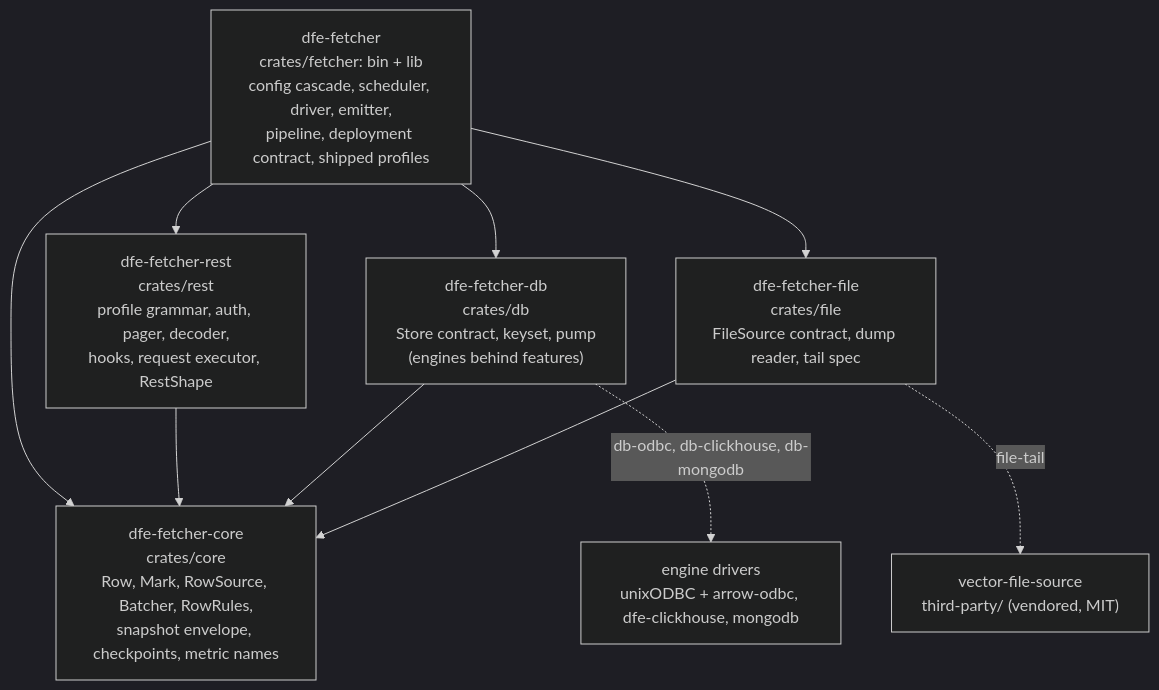
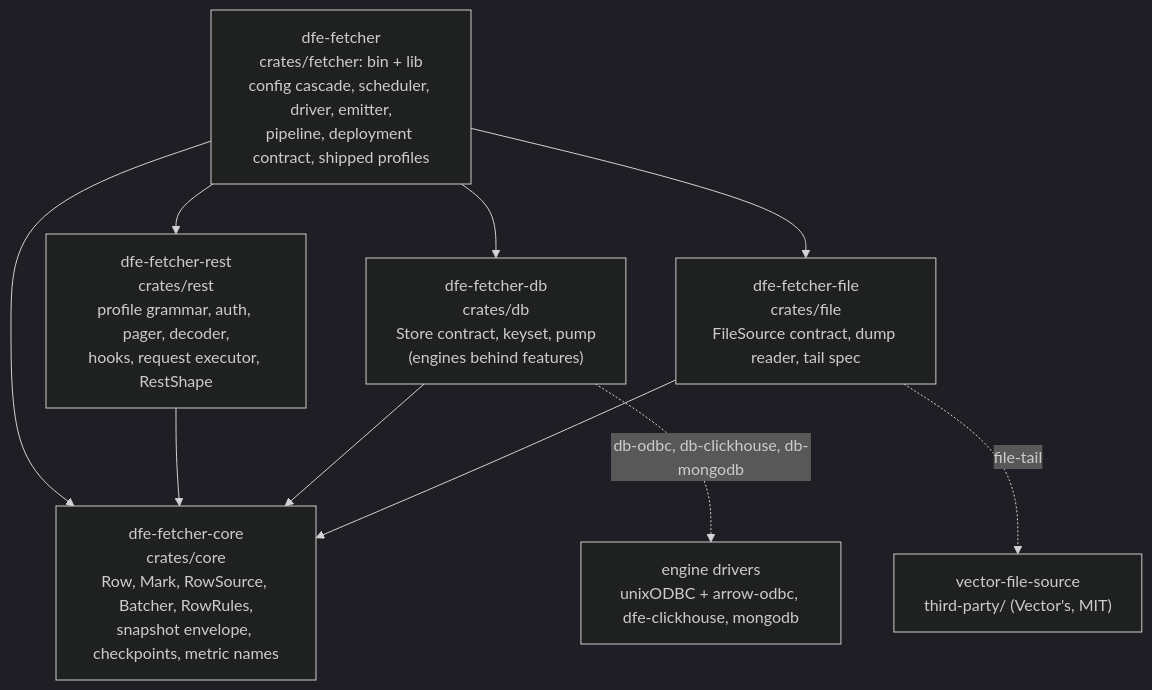
Before and after one commit to hyperi-io/dfe-fetcher: the second of 5 diagrams in docs/internals.md, drawn with Mermaid (dark theme). The commit also changed other lines of this file and 9 other files, not shown here.

````diff
--- a/docs/internals.md
+++ b/docs/internals.md
@@ -101,21 +101,21 @@
 ```mermaid
 flowchart TB
     app["dfe-fetcher<br>crates/fetcher: bin + lib<br>config cascade, scheduler, driver, emitter,<br>pipeline, deployment contract, shipped profiles"]
     rest["dfe-fetcher-rest<br>crates/rest<br>profile grammar, auth, pager, decoder,<br>hooks, request executor, RestShape"]
     db["dfe-fetcher-db<br>crates/db<br>Store contract, keyset, pump<br>(engines behind features)"]
     file["dfe-fetcher-file<br>crates/file<br>FileSource contract, dump reader, tail spec"]
-    tailer["vector-file-source<br>third-party/ (vendored, MIT)"]
+    tailer["vector-file-source<br>third-party/ (Vector's, MIT)"]
     core["dfe-fetcher-core<br>crates/core<br>Row, Mark, RowSource, Batcher, RowRules,<br>snapshot envelope, checkpoints, metric names"]
 
     engines["engine drivers<br>unixODBC + arrow-odbc, dfe-clickhouse, mongodb"]
 
     app --> core
     app --> rest
     app --> db
     app --> file
     db -.->|db-odbc, db-clickhouse, db-mongodb| engines
     file -.->|file-tail| tailer
     rest --> core
     db --> core
     file --> core
 ```
````
